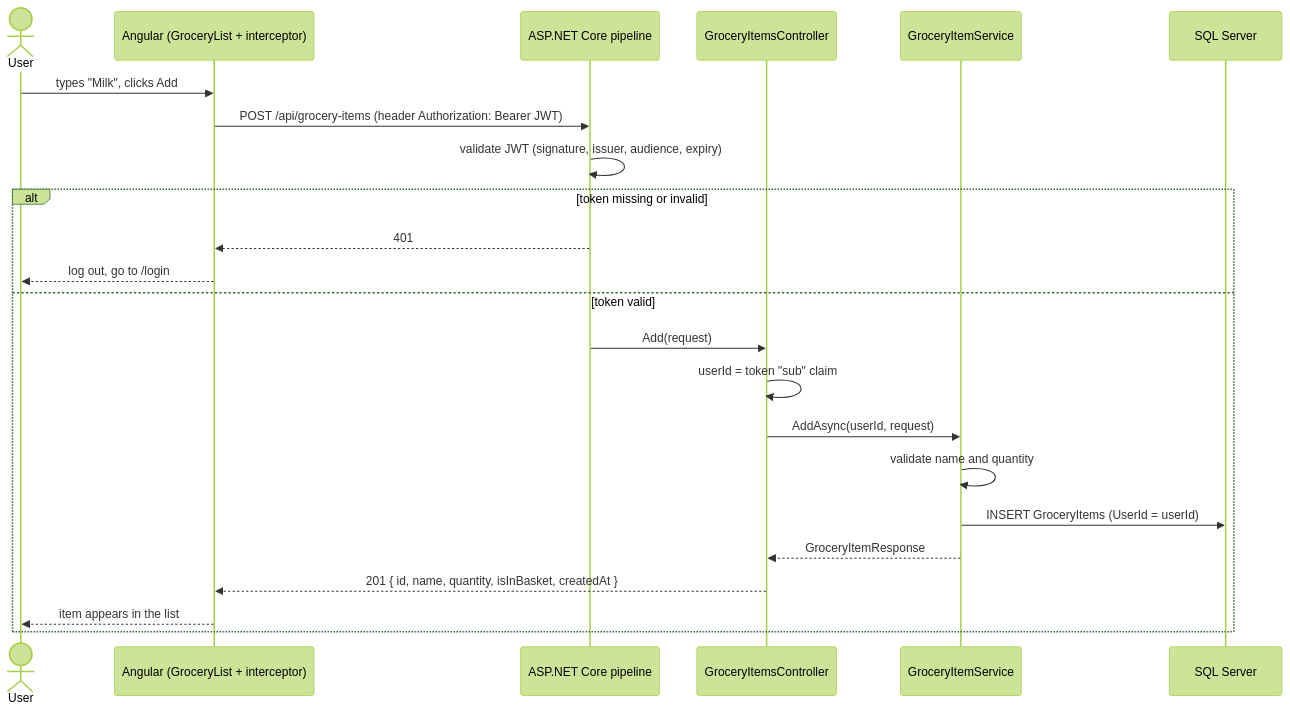
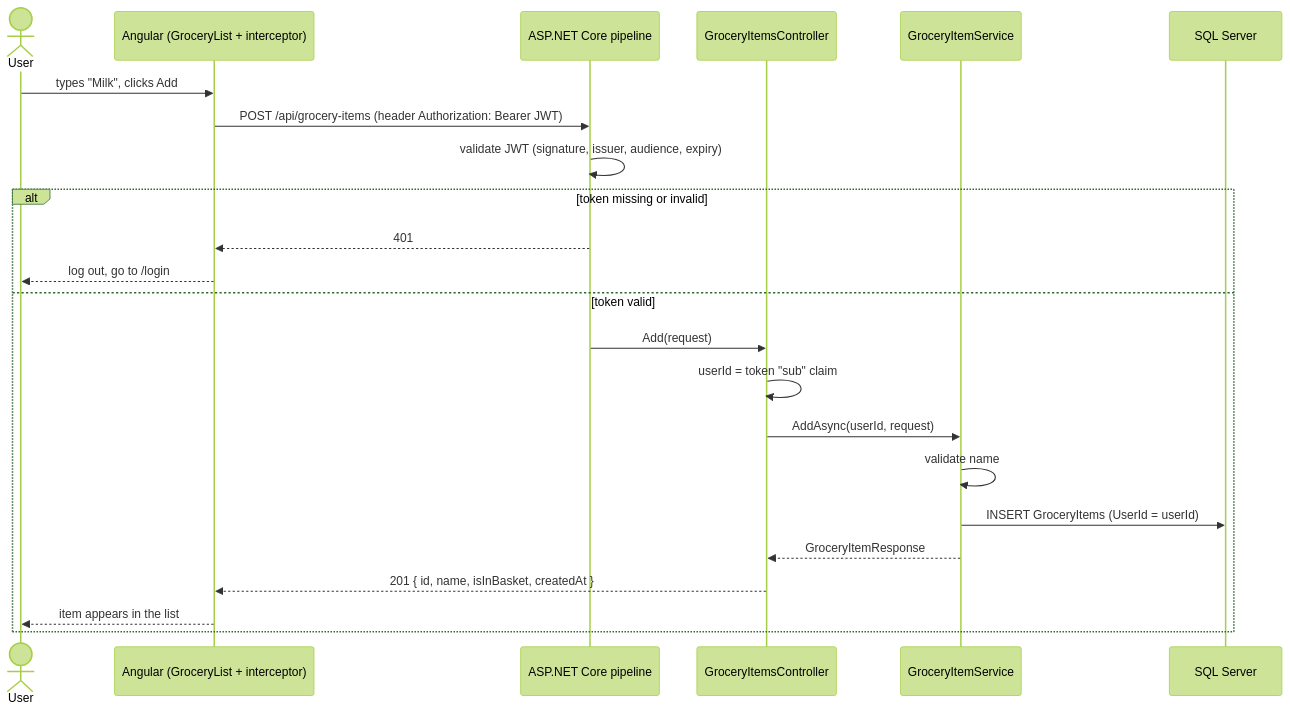
Before and after one commit to vaariasa/2Share-grocery-list: the seventh of 7 diagrams in docs/architecture.md, drawn with Mermaid (forest theme). The commit also changed other lines of this file and 10 other files, not shown here.

````diff
--- a/docs/architecture.md
+++ b/docs/architecture.md
@@ -278,26 +277,26 @@
 ```mermaid
 sequenceDiagram
     actor User
     participant SPA as Angular (GroceryList + interceptor)
     participant API as ASP.NET Core pipeline
     participant Ctrl as GroceryItemsController
     participant Svc as GroceryItemService
     participant DB as SQL Server
 
     User->>SPA: types "Milk", clicks Add
     SPA->>API: POST /api/grocery-items (header Authorization: Bearer JWT)
     API->>API: validate JWT (signature, issuer, audience, expiry)
     alt token missing or invalid
         API-->>SPA: 401
         SPA-->>User: log out, go to /login
     else token valid
         API->>Ctrl: Add(request)
         Ctrl->>Ctrl: userId = token "sub" claim
         Ctrl->>Svc: AddAsync(userId, request)
-        Svc->>Svc: validate name and quantity
+        Svc->>Svc: validate name
         Svc->>DB: INSERT GroceryItems (UserId = userId)
         Svc-->>Ctrl: GroceryItemResponse
-        Ctrl-->>SPA: 201 { id, name, quantity, isInBasket, createdAt }
+        Ctrl-->>SPA: 201 { id, name, isInBasket, createdAt }
         SPA-->>User: item appears in the list
     end
 ```
````
